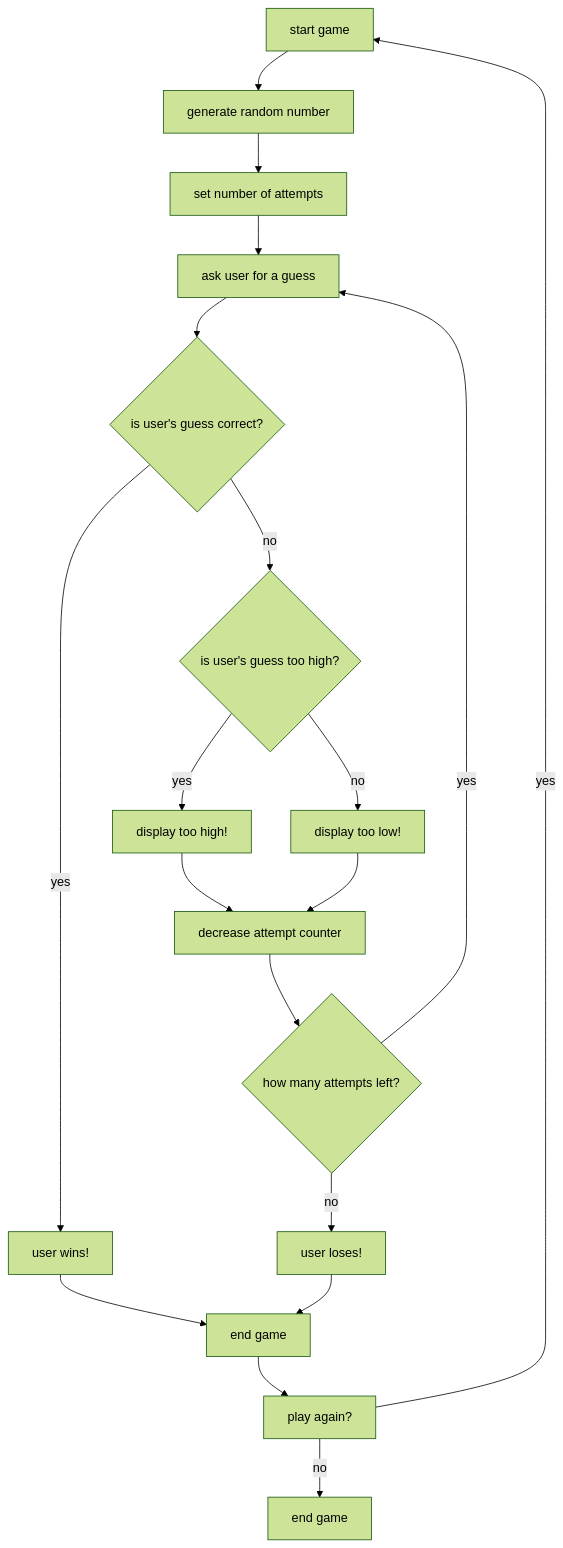
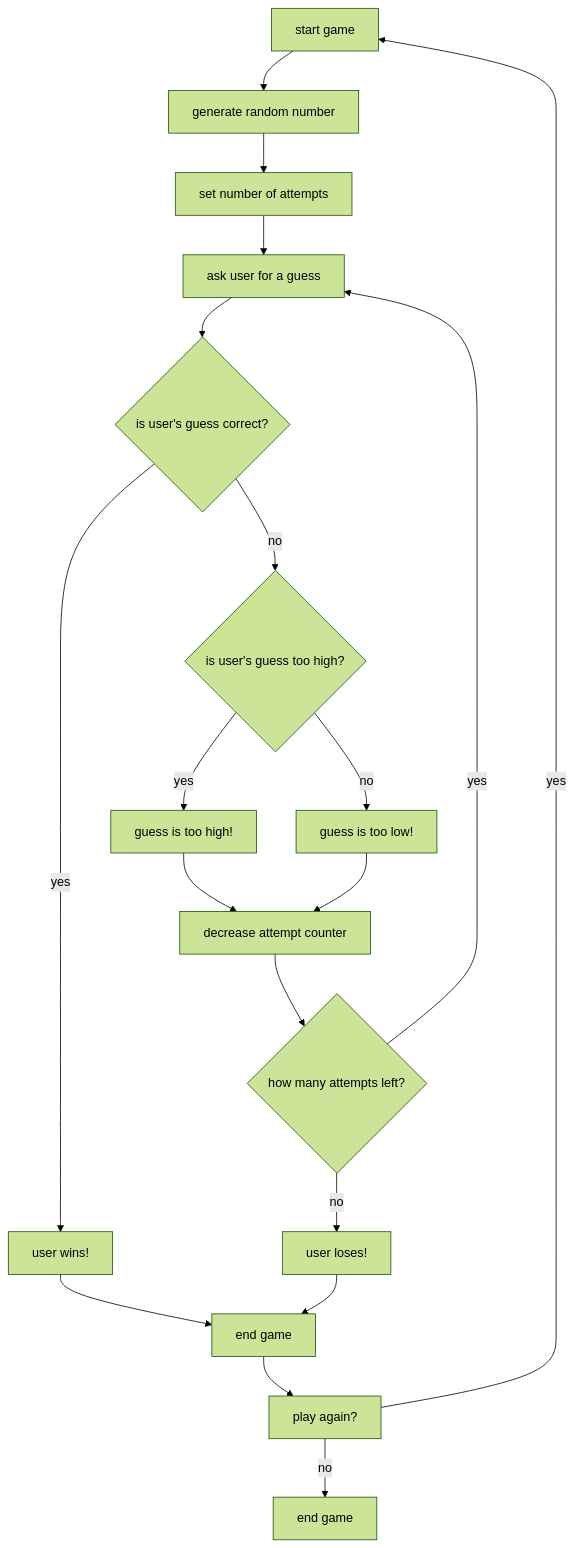
Before and after one commit to samhardee/samhardee.github.io: the diagram in guessing.md, drawn with Mermaid (forest theme).

````diff
--- a/guessing.md
+++ b/guessing.md
@@ -1,21 +1,21 @@
 ```mermaid
 flowchart TD
     A[start game] --> B[generate random number]
     B --> C[set number of attempts]
     C --> D[ask user for a guess]
     D --> E{is user's guess correct?}
     E -- yes --> F[user wins!]
     F --> G[end game]
     E -- no --> H{is user's guess too high?}
-    H -- yes --> I[display too high!]
-    H -- no --> J[display too low!]
+    H -- yes --> I[guess is too high!]
+    H -- no --> J[guess is too low!]
     I --> K[decrease attempt counter]
     J --> K[decrease attempt counter]
     K --> L{how many attempts left?}
     L -- yes --> D
     L -- no --> M[user loses!]
     M --> G
     G --> N[play again?]
     N -- yes --> A
     N -- no --> O[end game]
 ```
````
